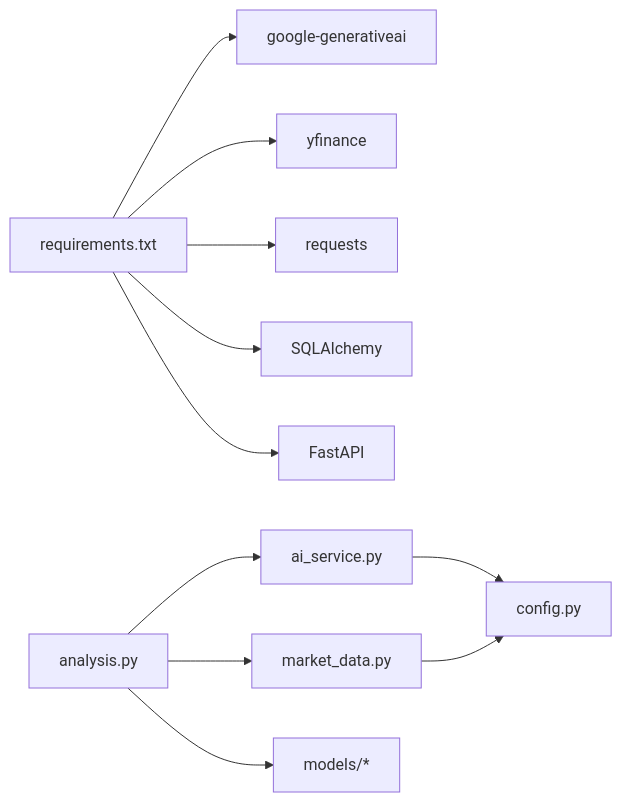
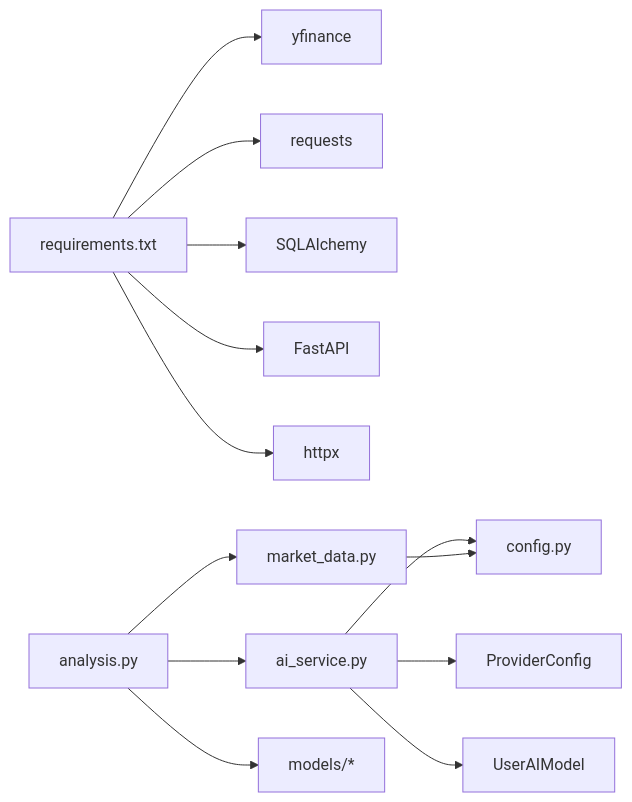
Before and after one commit to breeze-lyf/ai-stock-advisor: the sixth of 6 diagrams in .qoder/repowiki/zh/content/AI智能分析服务/Gemini AI集成.md, drawn with Mermaid. The commit also changed other lines of this file and 30 other files, not shown here.

````diff
--- a/.qoder/repowiki/zh/content/AI智能分析服务/Gemini AI集成.md
+++ b/.qoder/repowiki/zh/content/AI智能分析服务/Gemini AI集成.md
@@ -342,13 +459,15 @@
 ```mermaid
 graph LR
-Req["requirements.txt"] --> Genai["google-generativeai"]
-Req --> YF["yfinance"]
+Req["requirements.txt"] --> YF["yfinance"]
 Req --> AV["requests"]
 Req --> SA["SQLAlchemy"]
 Req --> FA["FastAPI"]
+Req --> HTTPX["httpx"]
 API["analysis.py"] --> AIS["ai_service.py"]
 API --> MDS["market_data.py"]
 API --> Models["models/*"]
 AIS --> CFG["config.py"]
+AIS --> ProviderCfg["ProviderConfig"]
+AIS --> UserModel["UserAIModel"]
 MDS --> CFG
 ```
````
